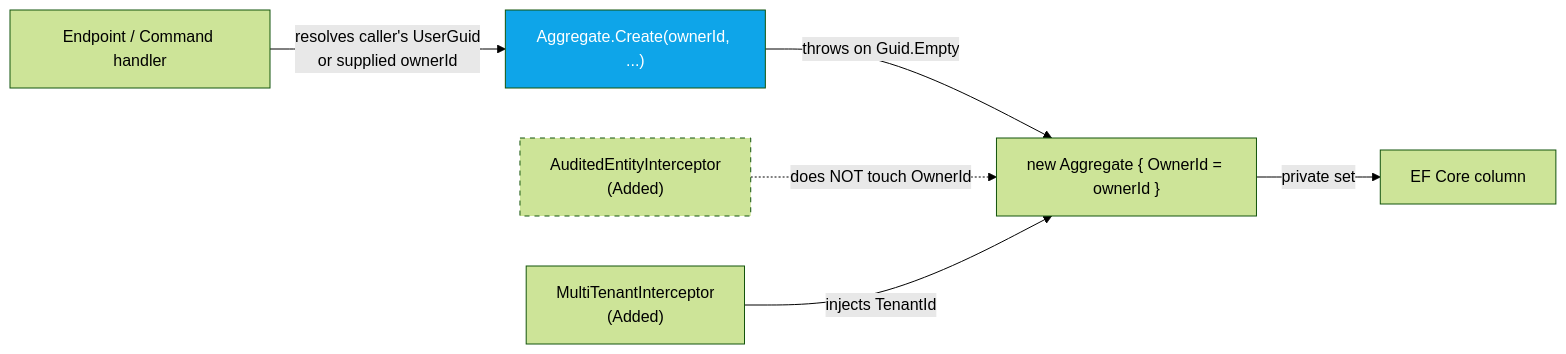
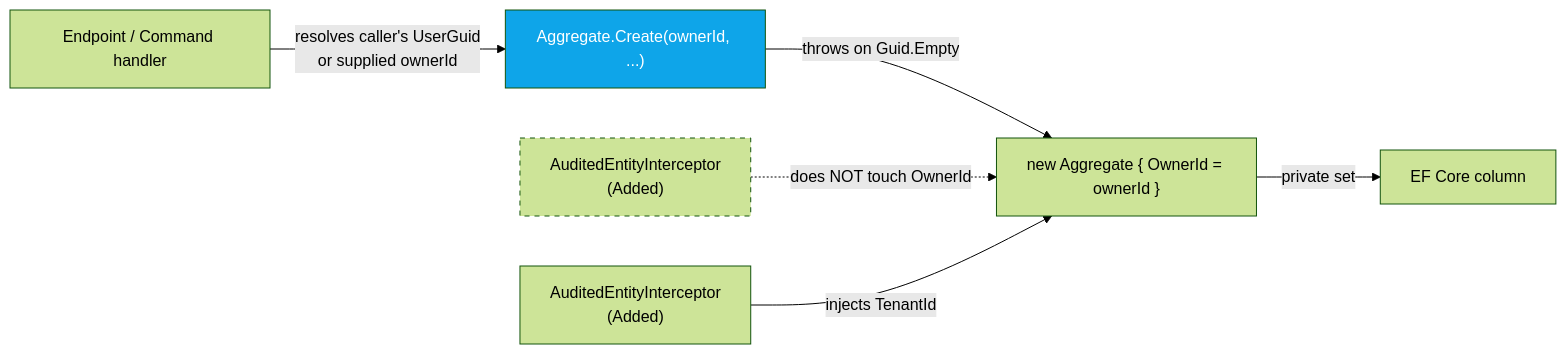
Before and after one commit to granit-fx/granit-docs: the diagram in src/content/docs/dotnet/data/ownable.mdx, drawn with Mermaid (forest theme). The commit also changed 40 other files, not shown here.

First line of the commit message:
fix(docs): fix uncompilable calls, diagram types and dead source links

````diff
--- a/src/content/docs/dotnet/data/ownable.mdx
+++ b/src/content/docs/dotnet/data/ownable.mdx
@@ -72,12 +72,12 @@
 ```mermaid
 flowchart LR
     Endpoint["Endpoint / Command handler"] -->|"resolves caller's UserGuid<br/>or supplied ownerId"| Factory["Aggregate.Create(ownerId, ...)"]
     Factory -->|"throws on Guid.Empty"| Aggregate["new Aggregate { OwnerId = ownerId }"]
     Aggregate -->|"private set"| EF["EF Core column"]
 
     Interceptor["AuditedEntityInterceptor<br/>(Added)"] -.->|"does NOT touch OwnerId"| Aggregate
-    Tenant["MultiTenantInterceptor<br/>(Added)"] -->|"injects TenantId"| Aggregate
+    Tenant["AuditedEntityInterceptor<br/>(Added)"] -->|"injects TenantId"| Aggregate
 
     style Factory fill:#0ea5e9,color:#fff
     style Interceptor stroke-dasharray: 5 5
 ```
````
